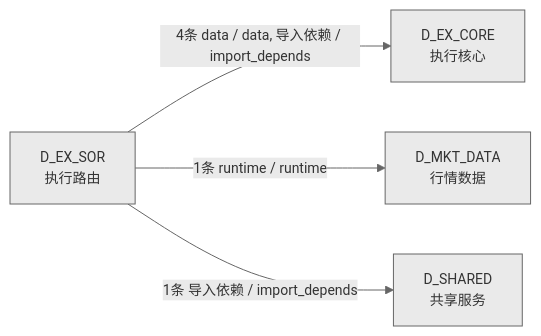
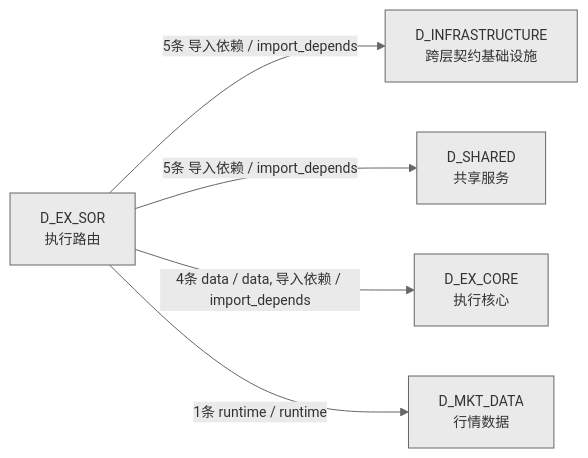
Before and after one commit to xuanFelixVan/ZephyrAlpha: the fourth of 4 diagrams in docs/02_enterprise_architecture/02_domain_architecture_docs/45_d_ex_sor.md, drawn with Mermaid. The commit also changed other lines of this file and 48 other files, not shown here.

````diff
--- a/docs/02_enterprise_architecture/02_domain_architecture_docs/45_d_ex_sor.md
+++ b/docs/02_enterprise_architecture/02_domain_architecture_docs/45_d_ex_sor.md
@@ -193,11 +226,13 @@
 ```mermaid
 %%{init: {'theme': 'base', 'themeVariables': {'primaryColor': '#eaeaea', 'primaryTextColor': '#333333', 'primaryBorderColor': '#666666', 'lineColor': '#666666', 'secondaryColor': '#eaeaea', 'tertiaryColor': '#eaeaea', 'fontSize': '14px'}}}%%
 graph LR
     D_EX_SOR["D_EX_SOR<br/>执行路由"]
+    D_INFRASTRUCTURE["D_INFRASTRUCTURE<br/>跨层契约基础设施"]
+    D_SHARED["D_SHARED<br/>共享服务"]
     D_EX_CORE["D_EX_CORE<br/>执行核心"]
     D_MKT_DATA["D_MKT_DATA<br/>行情数据"]
-    D_SHARED["D_SHARED<br/>共享服务"]
+    D_EX_SOR -->|5条 导入依赖 / import_depends| D_INFRASTRUCTURE
+    D_EX_SOR -->|5条 导入依赖 / import_depends| D_SHARED
     D_EX_SOR -->|4条 data / data, 导入依赖 / import_depends| D_EX_CORE
     D_EX_SOR -->|1条 runtime / runtime| D_MKT_DATA
-    D_EX_SOR -->|1条 导入依赖 / import_depends| D_SHARED
 ```
````
